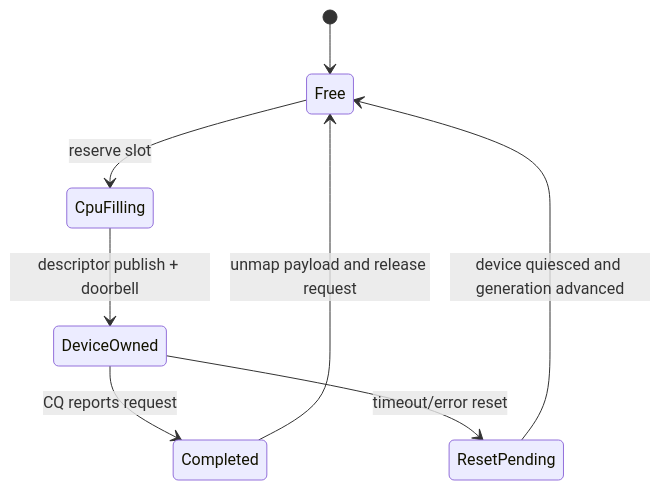
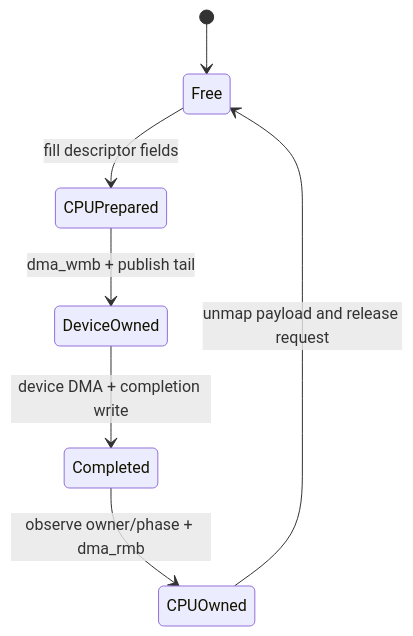
The first of 5 diagrams in docs/articles/pcie/pci-09-dma-descriptor-ring.md (cdragon-ljl/EEandEdgeAI), drawn with Mermaid before and after one commit. The commit also changed other lines of this file and 4 other files, not shown here.

````diff
--- a/docs/articles/pcie/pci-09-dma-descriptor-ring.md
+++ b/docs/articles/pcie/pci-09-dma-descriptor-ring.md
@@ -126,10 +21,9 @@
 ```mermaid
 stateDiagram-v2
     [*] --> Free
-    Free --> CpuFilling: reserve slot
-    CpuFilling --> DeviceOwned: descriptor publish + doorbell
-    DeviceOwned --> Completed: CQ reports request
-    Completed --> Free: unmap payload and release request
-    DeviceOwned --> ResetPending: timeout/error reset
-    ResetPending --> Free: device quiesced and generation advanced
+    Free --> CPUPrepared: fill descriptor fields
+    CPUPrepared --> DeviceOwned: dma_wmb + publish tail
+    DeviceOwned --> Completed: device DMA + completion write
+    Completed --> CPUOwned: observe owner/phase + dma_rmb
+    CPUOwned --> Free: unmap payload and release request
 ```
````
